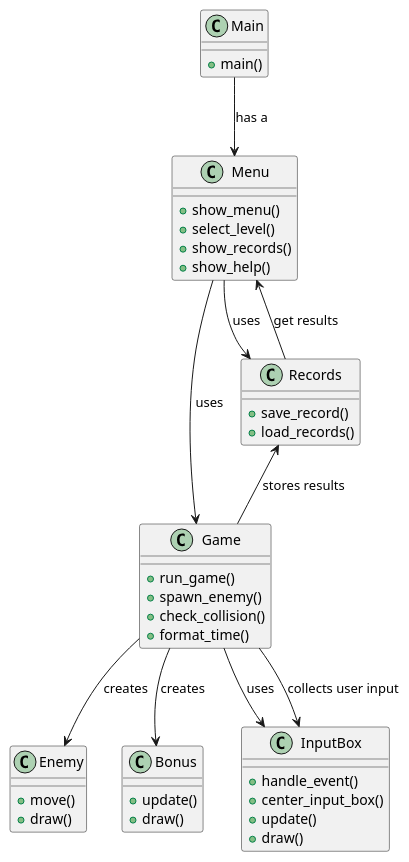
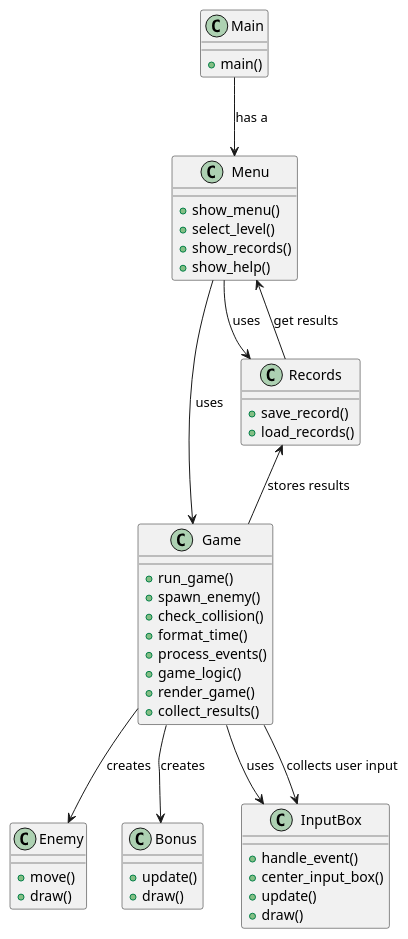
Before and after one commit to DoNik226/software_development: the diagram in docs/class.iuml, drawn with PlantUML.

```diff
--- a/docs/class.iuml
+++ b/docs/class.iuml
@@ -1,53 +1,57 @@
 @startuml
 
 class Main {
     +main()
 }
 
 class Menu {
     +show_menu()
     +select_level()
     +show_records()
     +show_help()
 }
 
 class Game {
     +run_game()
     +spawn_enemy()
     +check_collision()
     +format_time()
+    +process_events()
+    +game_logic()
+    +render_game()
+    +collect_results()
 }
 
 class Enemy {
     +move()
     +draw()
 }
 
 class Bonus {
     +update()
     +draw()
 }
 
 class InputBox {
     +handle_event()
     +center_input_box()
     +update()
     +draw()
 }
 
 class Records {
     +save_record()
     +load_records()
 }
 
 Main --> Menu : has a
 Menu --> Game : uses
 Menu --> Records : uses
 Game --> Enemy : creates
 Game --> Bonus : creates
 Game --> InputBox : uses
 Records <-- Game : stores results
 Records --> Menu : get results
 InputBox <-- Game : collects user input
 
 @enduml
```
